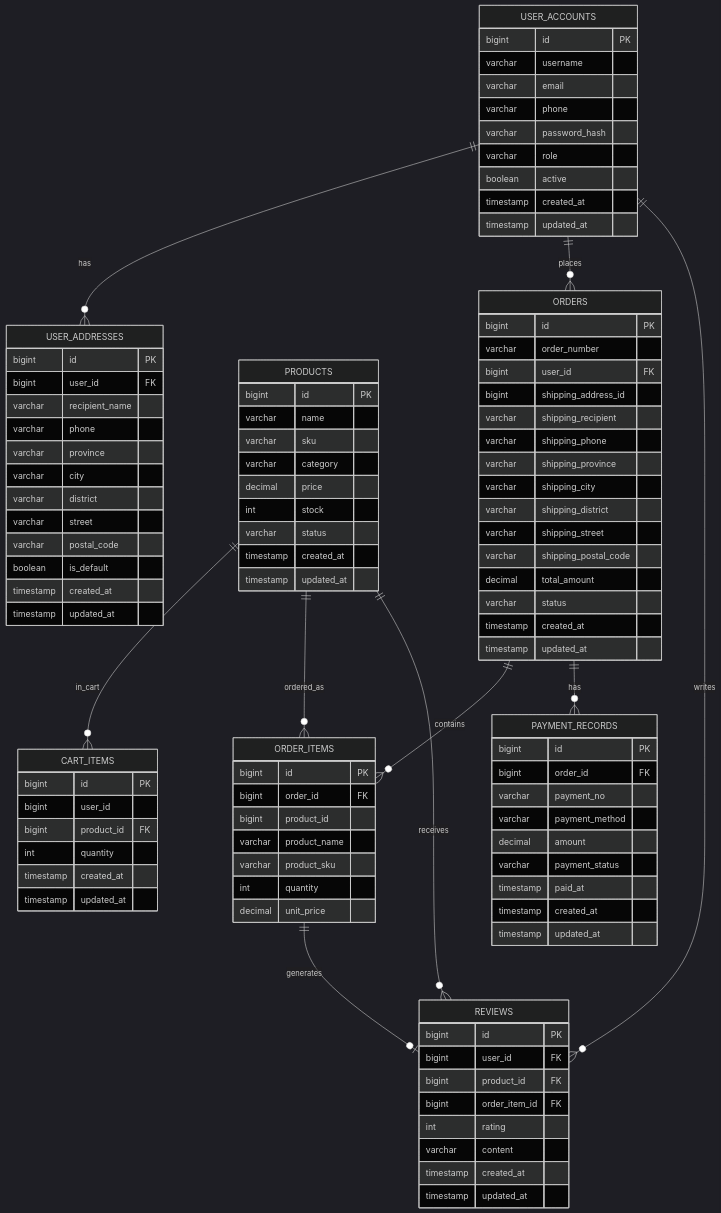
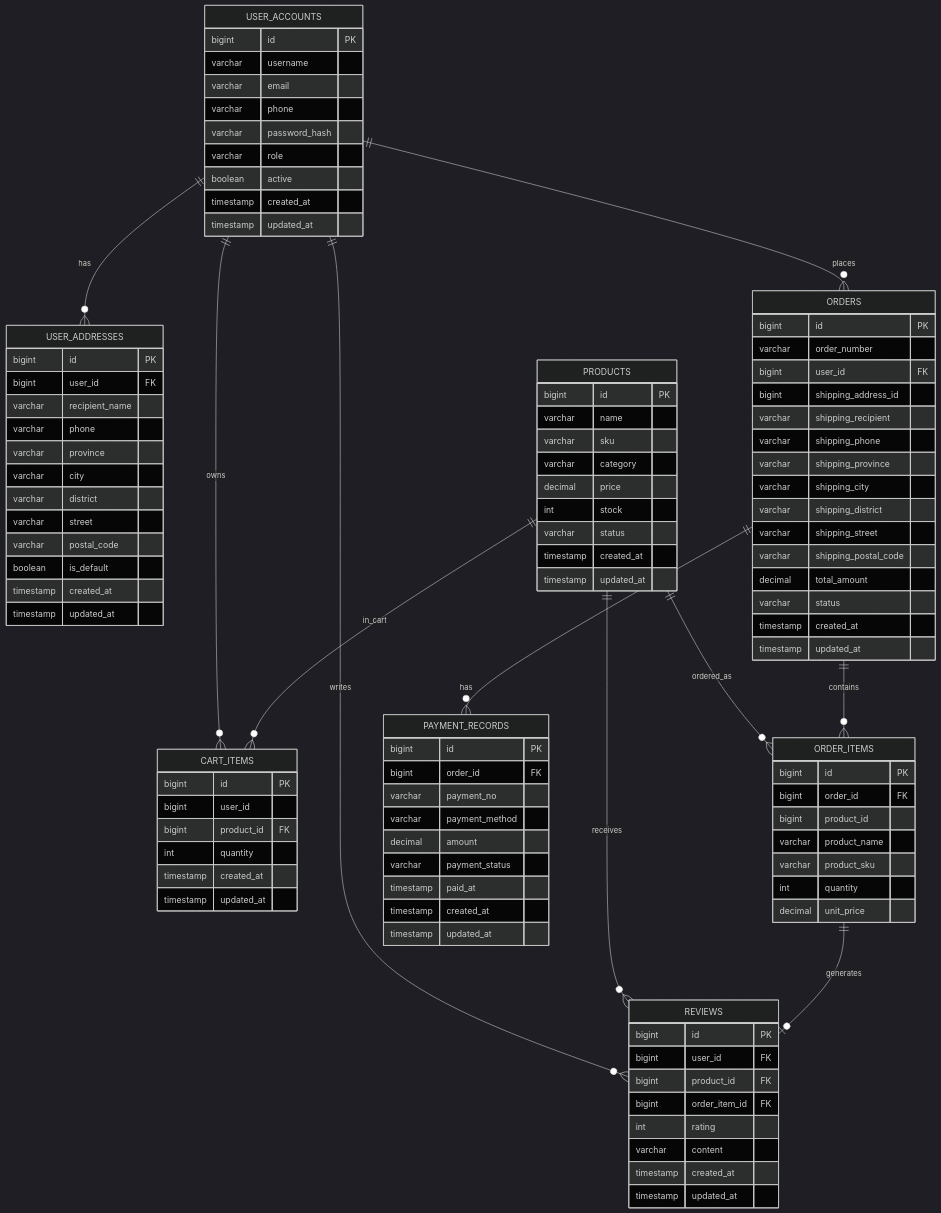
Before and after one commit to 2321Robin/xingchen-mall-db-lab: the first of 2 diagrams in nuxt-app/report.md, drawn with Mermaid (dark theme). The commit also changed other lines of this file, not shown here.

```diff
--- a/nuxt-app/report.md
+++ b/nuxt-app/report.md
@@ -186,6 +186,7 @@
     }
 
     USER_ACCOUNTS ||--o{ USER_ADDRESSES : has
+    USER_ACCOUNTS ||--o{ CART_ITEMS : owns
     USER_ACCOUNTS ||--o{ ORDERS : places
     USER_ACCOUNTS ||--o{ REVIEWS : writes
 
```
